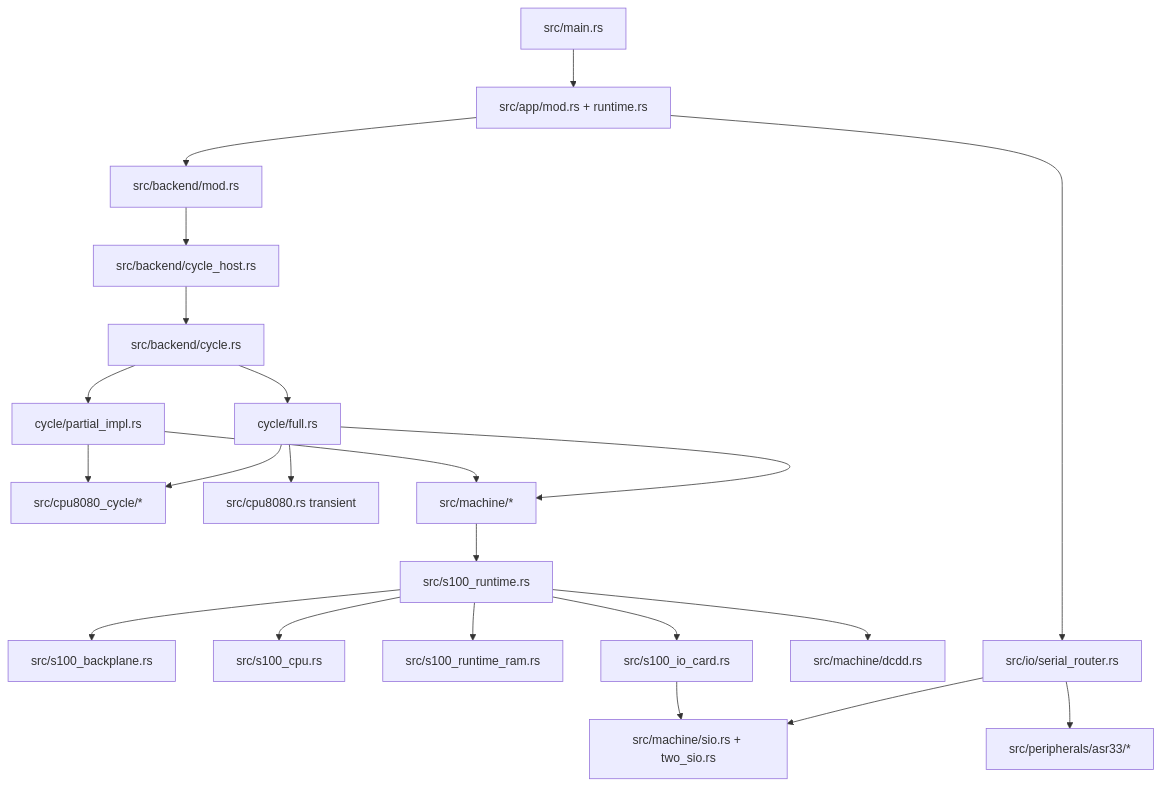
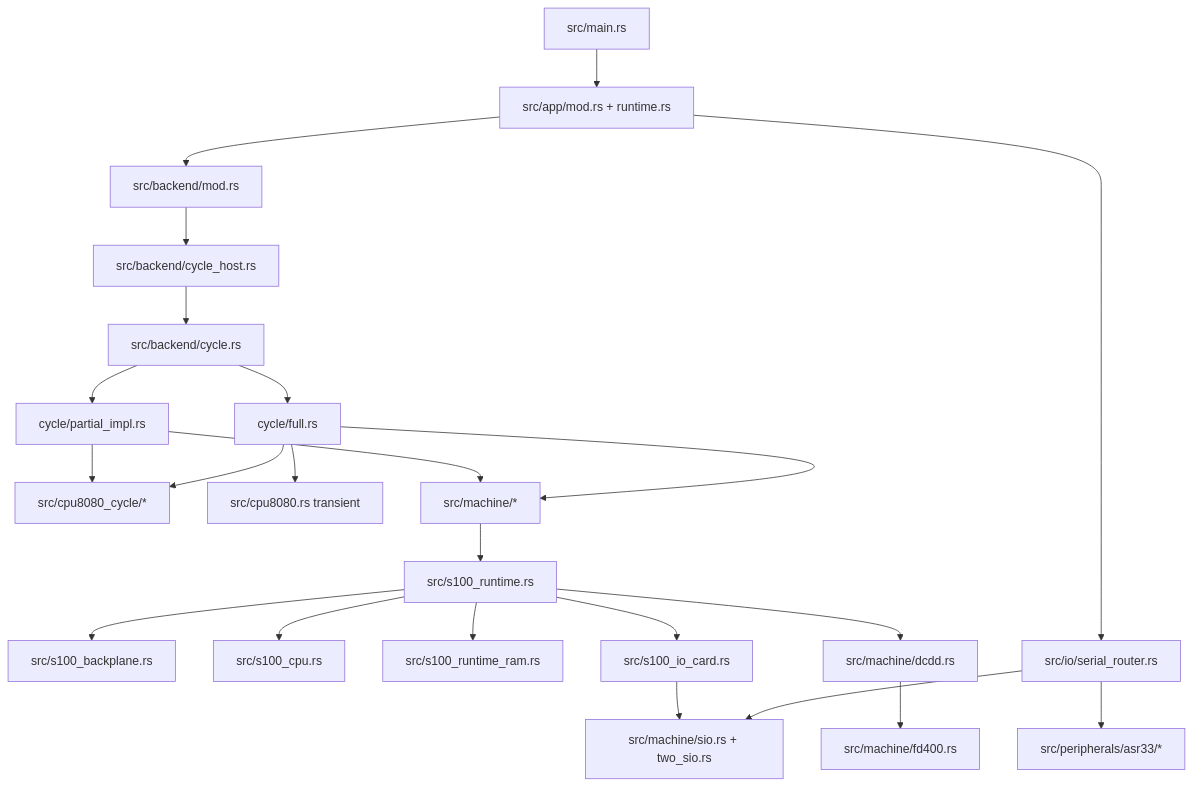
Before and after one commit to TheWinterLynx/RusTair: the diagram in docs/SOURCE_REFERENCE.md, drawn with Mermaid. The commit also changed other lines of this file, not shown here.

````diff
--- a/docs/SOURCE_REFERENCE.md
+++ b/docs/SOURCE_REFERENCE.md
@@ -231,24 +232,25 @@
 ```mermaid
 flowchart TB
     MAIN[src/main.rs] --> APP[src/app/mod.rs + runtime.rs]
     APP --> BACKEND[src/backend/mod.rs]
     BACKEND --> HOST[src/backend/cycle_host.rs]
     HOST --> CYCLE[src/backend/cycle.rs]
     CYCLE --> PARTIAL[cycle/partial_impl.rs]
     CYCLE --> FULL[cycle/full.rs]
     PARTIAL --> CPU[src/cpu8080_cycle/*]
     FULL --> SEM[src/cpu8080.rs transient]
     FULL --> CPU
     PARTIAL --> MACH[src/machine/*]
     FULL --> MACH
     MACH --> RUNTIME[src/s100_runtime.rs]
     RUNTIME --> BP[src/s100_backplane.rs]
     RUNTIME --> CPUB[src/s100_cpu.rs]
     RUNTIME --> RAM[src/s100_runtime_ram.rs]
     RUNTIME --> IO[src/s100_io_card.rs]
     RUNTIME --> DCDD[src/machine/dcdd.rs]
+    DCDD --> FD400[src/machine/fd400.rs]
     IO --> SERIAL[src/machine/sio.rs + two_sio.rs]
     APP --> ROUTER[src/io/serial_router.rs]
     ROUTER --> SERIAL
     ROUTER --> ASR[src/peripherals/asr33/*]
 ```
````
